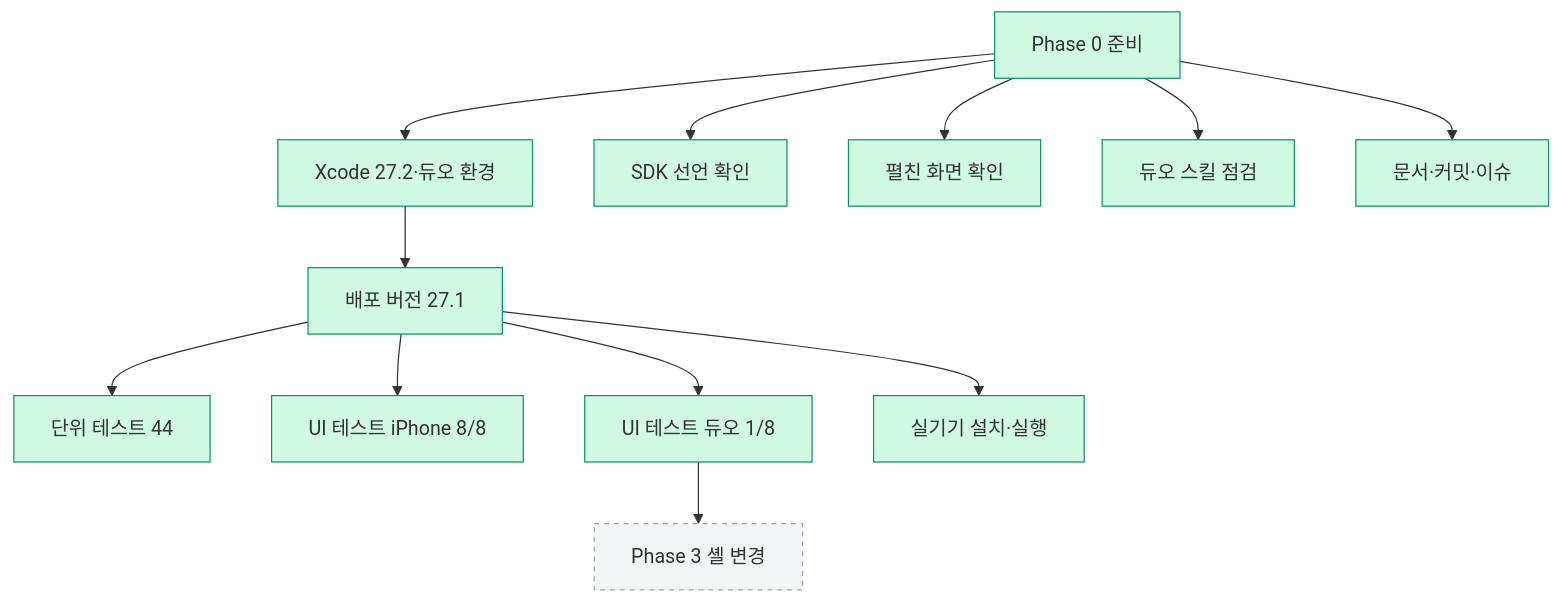
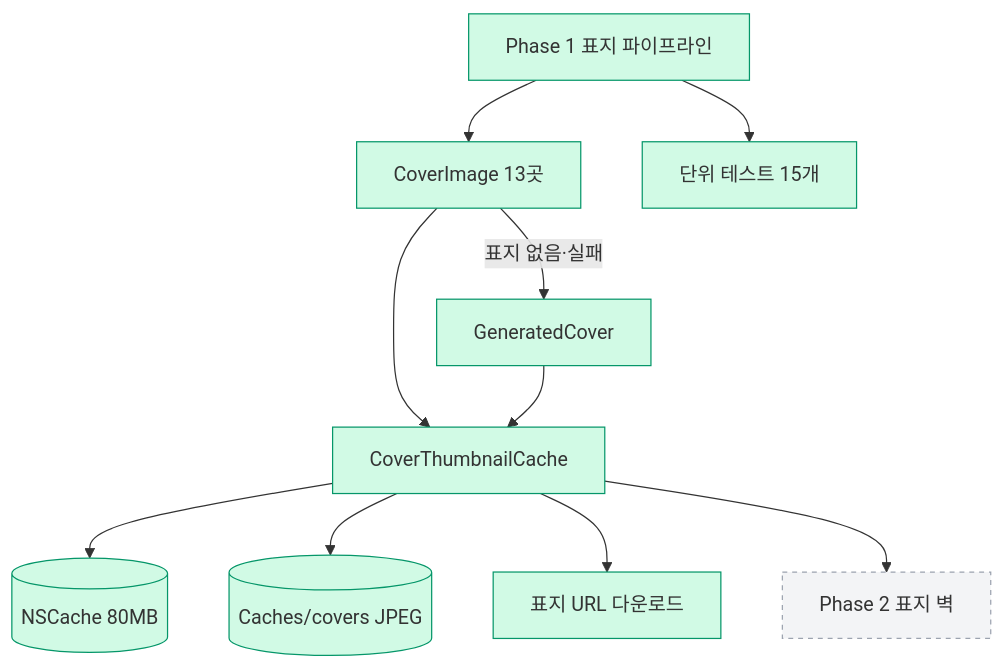
Before and after one commit to Nedian0Brien/PrismLog: the diagram in .sitrep/sessions/20261117-2250-ios-v2-phase0/arch.mmd, drawn with Mermaid. The commit also changed 21 other files, not shown here.

First line of the commit message:
feat(ios): 표지 캐시와 생성 표지로 CoverImage 교체 (v2 Phase 1)

```diff
--- a/.sitrep/sessions/20261117-2250-ios-v2-phase0/arch.mmd
+++ b/.sitrep/sessions/20261117-2250-ios-v2-phase0/arch.mmd
@@ -1,23 +1,23 @@
 flowchart TD
-  P0[Phase 0 준비]:::done
-  ENV[Xcode 27.2·듀오 환경]:::done
-  DT[배포 버전 27.1]:::done
-  UT[단위 테스트 44]:::done
-  UIP[UI 테스트 iPhone 8/8]:::done
-  UID[UI 테스트 듀오 1/8]:::done
-  DEV[실기기 설치·실행]:::done
-  SDK[SDK 선언 확인]:::done
-  OPEN[펼친 화면 확인]:::done
-  SK[듀오 스킬 점검]:::done
-  DOC[문서·커밋·이슈]:::done
-  P3[Phase 3 셸 변경]:::todo
-  P0 --> ENV --> DT --> UT & UIP & UID & DEV
-  P0 --> SDK
-  UID --> P3
-  P0 --> OPEN
-  P0 --> SK
-  P0 --> DOC
+  P1[Phase 1 표지 파이프라인]:::done
+  CI[CoverImage 13곳]:::done
+  CTC[CoverThumbnailCache]:::done
+  MEM[(NSCache 80MB)]:::done
+  DISK[(Caches/covers JPEG)]:::done
+  NET[표지 URL 다운로드]:::done
+  GC[GeneratedCover]:::done
+  T[단위 테스트 15개]:::done
+  P2[Phase 2 표지 벽]:::todo
+  P1 --> CI
+  CI --> CTC
+  CTC --> MEM
+  CTC --> DISK
+  CTC --> NET
+  CI -->|표지 없음·실패| GC
+  GC --> CTC
+  P1 --> T
+  CTC --> P2
   classDef done fill:#d1fae5,stroke:#059669
   classDef doing fill:#fef3c7,stroke:#d97706
   classDef decide fill:#fee2e2,stroke:#dc2626
   classDef todo fill:#f3f4f6,stroke:#9ca3af,stroke-dasharray:4
```
